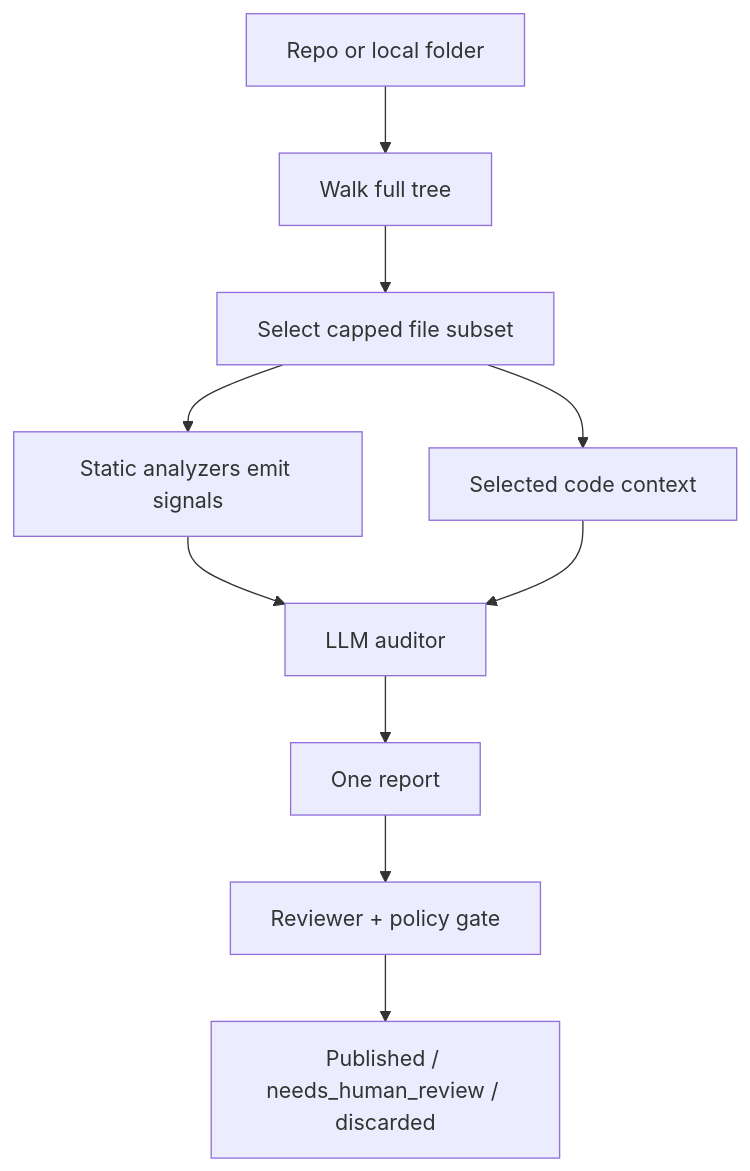
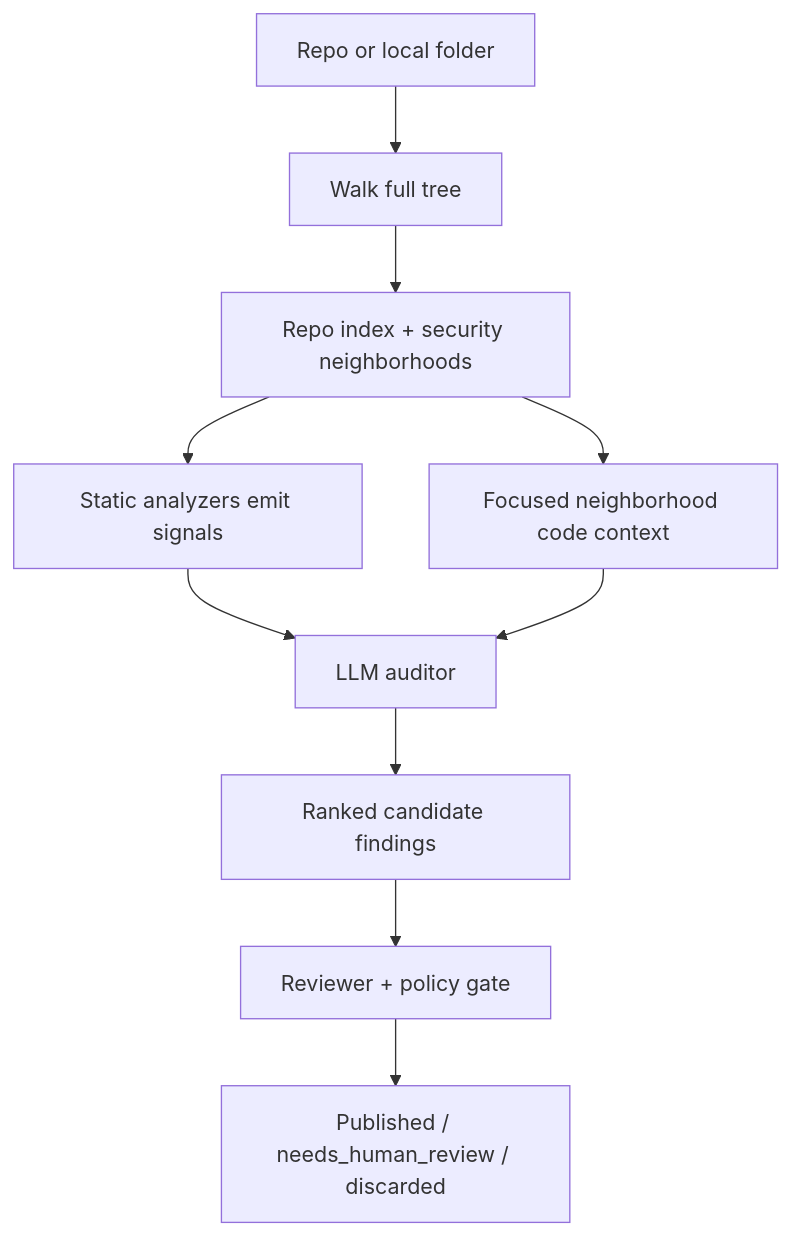
One commit to blaqjeff/VigilanceOS changed the first of 2 diagrams in DEEP_AUDITOR_PIVOT.md. Above: the diagram before and after it, drawn with Mermaid. The commit also changed other lines of this file and 5 other files, not shown here.

````diff
--- a/DEEP_AUDITOR_PIVOT.md
+++ b/DEEP_AUDITOR_PIVOT.md
@@ -48,12 +48,12 @@
 ```mermaid
 flowchart TD
     A["Repo or local folder"] --> B["Walk full tree"]
-    B --> C["Select capped file subset"]
+    B --> C["Repo index + security neighborhoods"]
     C --> D["Static analyzers emit signals"]
-    C --> E["Selected code context"]
+    C --> E["Focused neighborhood code context"]
     D --> F["LLM auditor"]
     E --> F
-    F --> G["One report"]
+    F --> G["Ranked candidate findings"]
     G --> H["Reviewer + policy gate"]
     H --> I["Published / needs_human_review / discarded"]
 ```
````
